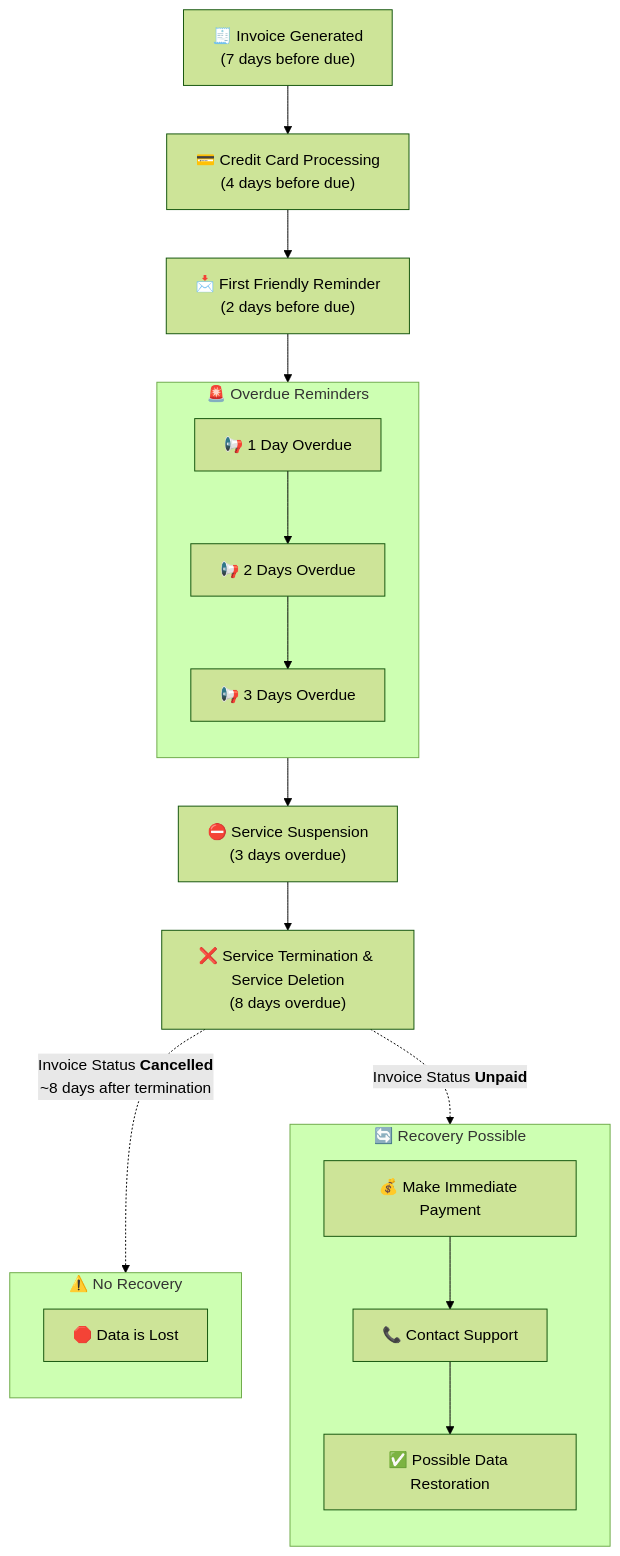
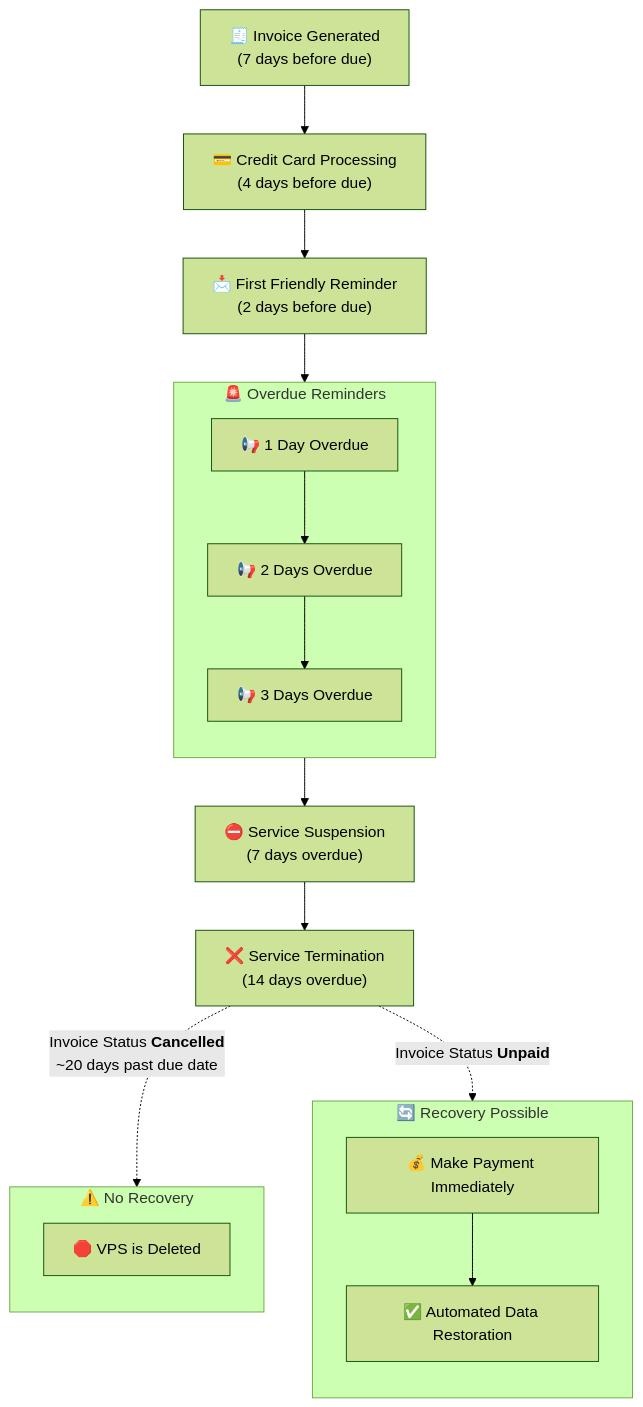
Before and after one commit to gExPl0ReR/docs: the diagram in faq/billing-lifecycle/automated-vps-billing-workflow.mdx, drawn with Mermaid (forest theme). The commit also changed other lines of this file, not shown here.

````diff
--- a/faq/billing-lifecycle/automated-vps-billing-workflow.mdx
+++ b/faq/billing-lifecycle/automated-vps-billing-workflow.mdx
@@ -67,31 +108,30 @@
 ```mermaid
 flowchart TD
     A["🧾 Invoice Generated<br>(7 days before due)"] --> B["💳 Credit Card Processing<br>(4 days before due)"]
     B --> C["📩 First Friendly Reminder<br>(2 days before due)"]
 
     subgraph overdue["🚨 Overdue Reminders"]
         direction TB
         C1["📢 1 Day Overdue"]
         C2["📢 2 Days Overdue"]
         C3["📢 3 Days Overdue"]
     end
     C --> C1 --> C2 --> C3
 
-    C3 --> D["⛔ Service Suspension<br>(3 days overdue)"]
-    D --> E["❌ Service Termination & Service Deletion<br>(8 days overdue)"]
+    C3 --> D["⛔ Service Suspension<br>(7 days overdue)"]
+    D --> E["❌ Service Termination<br>(14 days overdue)"]
 
     subgraph recovery["🔄 Recovery Possible"]
         direction TB
-        R1["💰 Make Immediate Payment"]
-        R2["📞 Contact Support"]
-        R3["✅ Possible Data Restoration"]
+        R1["💰 Make Payment Immediately"]
+        R2["✅ Automated Data Restoration"]
     end
 
     subgraph no_recovery["⚠️ No Recovery"]
         direction TB
-        X[""🛑 Data is Lost""]
+        X[""🛑 VPS is Deleted""]
     end
 
-    E -.->|Invoice Status <b>Unpaid</b>| R1 --> R2 --> R3
-    E -.->|Invoice Status <b>Cancelled</b> <br> ~8 days after termination| X
+    E -.->|Invoice Status <b>Unpaid</b>| R1 --> R2
+    E -.->|Invoice Status <b>Cancelled</b> <br> ~20 days past due date| X
 ```
````
